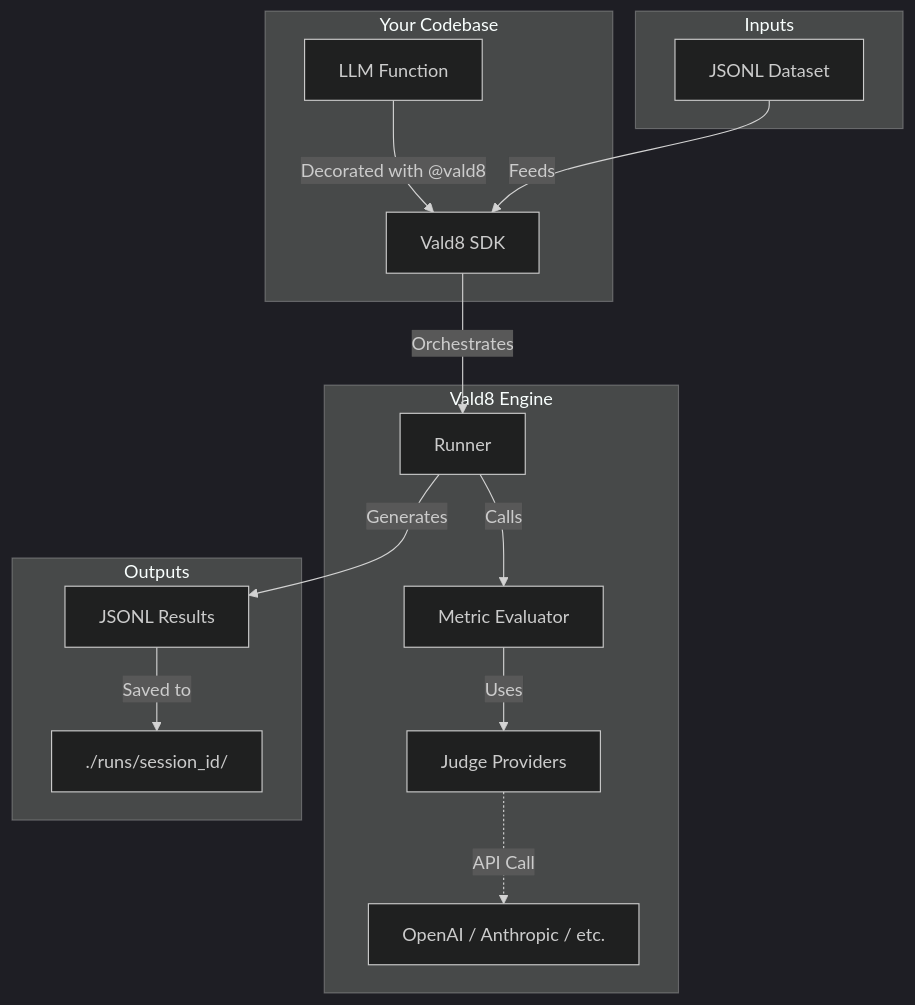
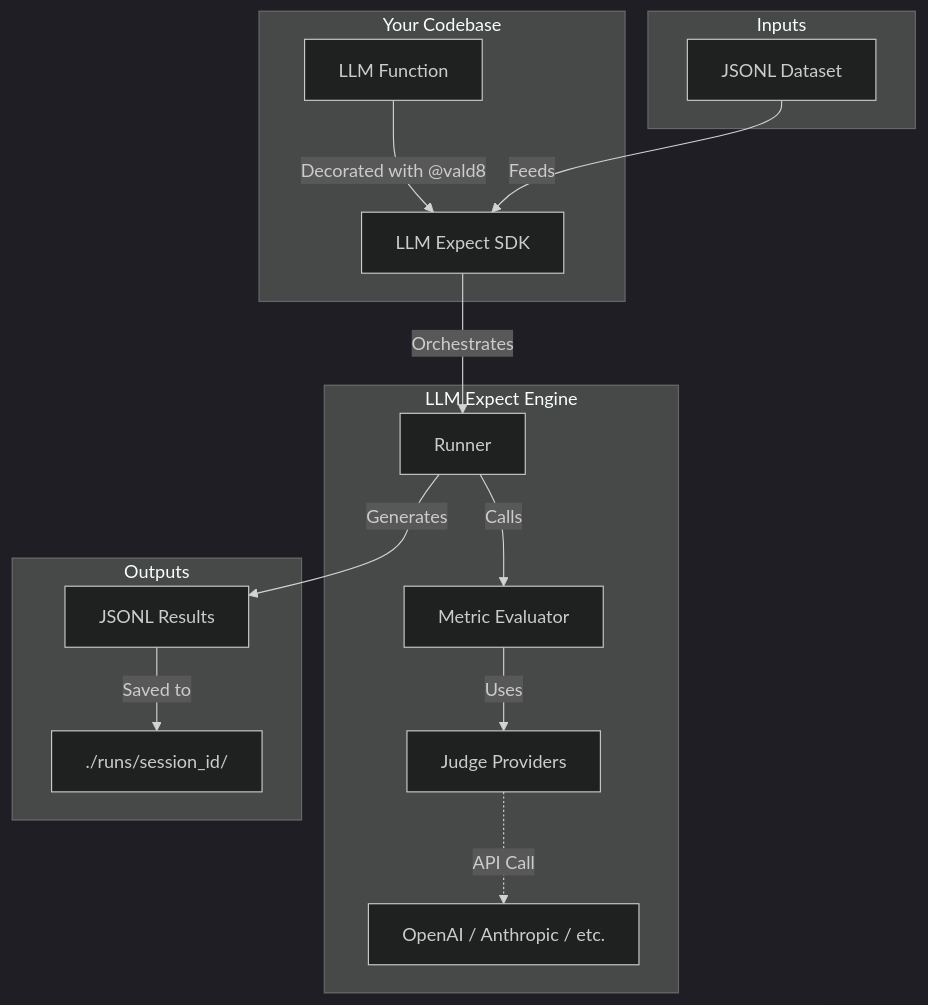
The diagram in wiki/Home.md (osuthorpe/llm-expect), drawn with Mermaid (dark theme) before and after one commit. The commit also changed other lines of this file and 26 other files, not shown here.

Commit message:
refactor: rename project and decorator from Vald8 to LLM Expect

````diff
--- a/wiki/Home.md
+++ b/wiki/Home.md
@@ -29,22 +29,22 @@
 ```mermaid
 graph TD
     subgraph "Your Codebase"
-        F[LLM Function] -->|Decorated with @vald8| D[Vald8 SDK]
+        F[LLM Function] -->|Decorated with @vald8| D[LLM Expect SDK]
     end
     
     subgraph "Inputs"
         J[JSONL Dataset] -->|Feeds| D
     end
     
-    subgraph "Vald8 Engine"
+    subgraph "LLM Expect Engine"
         D -->|Orchestrates| R[Runner]
         R -->|Calls| M[Metric Evaluator]
         M -->|Uses| P[Judge Providers]
         P -.->|API Call| API[OpenAI / Anthropic / etc.]
     end
     
     subgraph "Outputs"
         R -->|Generates| RES[JSONL Results]
         RES -->|Saved to| DIR[./runs/session_id/]
     end
 ```
````
